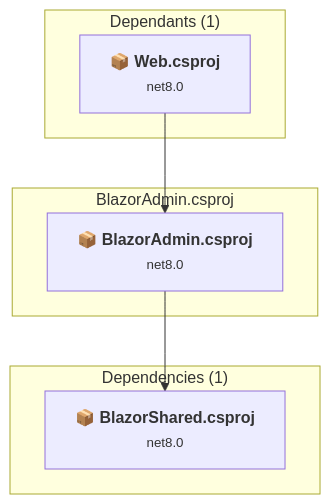
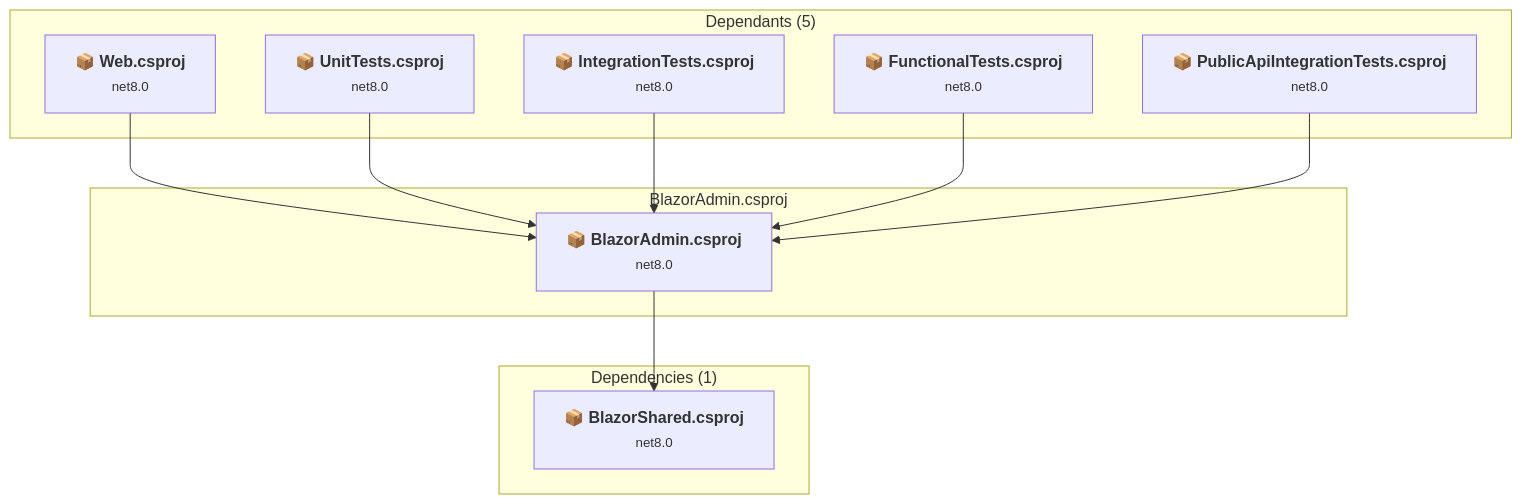
One commit to kaushganguly/eShopOnWeb changed the diagram in .github/upgrades/scenarios/dotnet-version-upgrade/assessment/projects/BlazorAdmin.md. Above: the diagram before and after it, drawn with Mermaid. The commit also changed other lines of this file and 20 other files, not shown here.

````diff
--- a/.github/upgrades/scenarios/dotnet-version-upgrade/assessment/projects/BlazorAdmin.md
+++ b/.github/upgrades/scenarios/dotnet-version-upgrade/assessment/projects/BlazorAdmin.md
@@ -34,18 +38,30 @@
 ```mermaid
 flowchart TB
-    subgraph upstream["Dependants (1)"]
+    subgraph upstream["Dependants (5)"]
         P1["<b>📦&nbsp;Web.csproj</b><br/><small>net8.0</small>"]
+        P4["<b>📦&nbsp;UnitTests.csproj</b><br/><small>net8.0</small>"]
+        P5["<b>📦&nbsp;IntegrationTests.csproj</b><br/><small>net8.0</small>"]
+        P6["<b>📦&nbsp;FunctionalTests.csproj</b><br/><small>net8.0</small>"]
+        P10["<b>📦&nbsp;PublicApiIntegrationTests.csproj</b><br/><small>net8.0</small>"]
         click P1 "../projects/Web.md"
+        click P4 "../projects/UnitTests.md"
+        click P5 "../projects/IntegrationTests.md"
+        click P6 "../projects/FunctionalTests.md"
+        click P10 "../projects/PublicApiIntegrationTests.md"
     end
     subgraph current["BlazorAdmin.csproj"]
         MAIN["<b>📦&nbsp;BlazorAdmin.csproj</b><br/><small>net8.0</small>"]
         click MAIN "../projects/BlazorAdmin.md"
     end
     subgraph downstream["Dependencies (1)"]
         P9["<b>📦&nbsp;BlazorShared.csproj</b><br/><small>net8.0</small>"]
         click P9 "../projects/BlazorShared.md"
     end
     P1 --> MAIN
+    P4 --> MAIN
+    P5 --> MAIN
+    P6 --> MAIN
+    P10 --> MAIN
     MAIN --> P9
 
 ```
````
